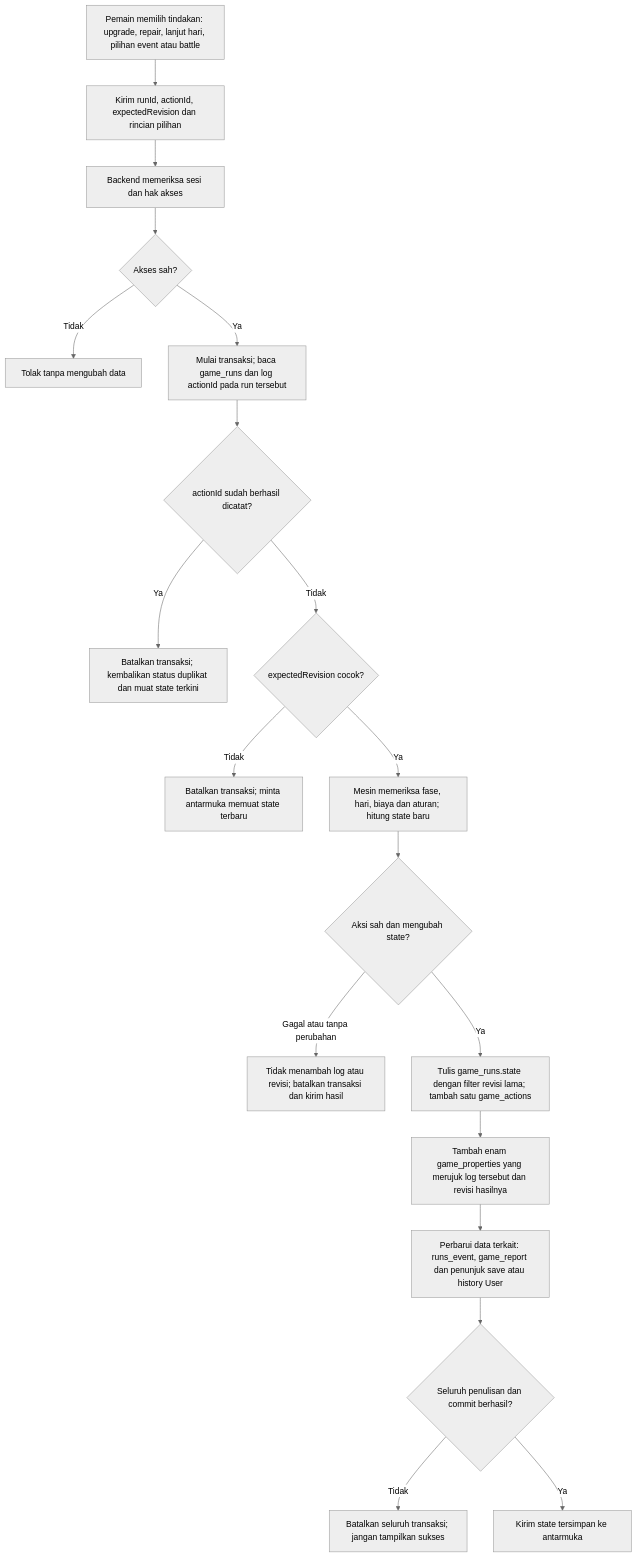
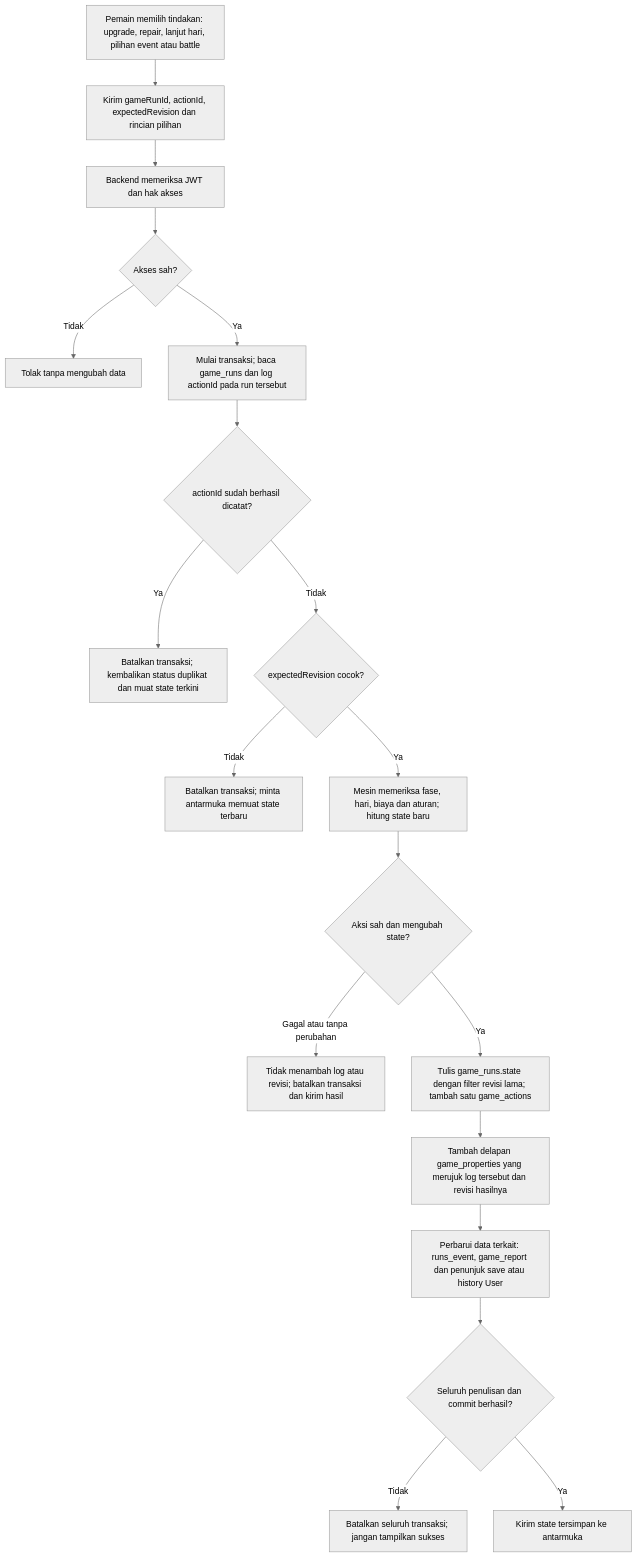
Before and after one commit to Three-Musketeers-Hacktiv/Final-Project: the second of 6 diagrams in docs/database/FLOW_DATABASE.md, drawn with Mermaid (neutral theme). The commit also changed other lines of this file and 7 other files, not shown here.

First line of the commit message:
feat(docs): update database documentation and schema for Fantasy City Defense

````diff
--- a/docs/database/FLOW_DATABASE.md
+++ b/docs/database/FLOW_DATABASE.md
@@ -48,21 +48,21 @@
 ```mermaid
 flowchart TD
-    A[Pemain memilih tindakan: upgrade, repair, lanjut hari, pilihan event atau battle] --> B[Kirim runId, actionId, expectedRevision dan rincian pilihan]
-    B --> C[Backend memeriksa sesi dan hak akses]
+    A[Pemain memilih tindakan: upgrade, repair, lanjut hari, pilihan event atau battle] --> B[Kirim gameRunId, actionId, expectedRevision dan rincian pilihan]
+    B --> C[Backend memeriksa JWT dan hak akses]
     C --> D{Akses sah?}
     D -->|Tidak| E[Tolak tanpa mengubah data]
     D -->|Ya| F[Mulai transaksi; baca game_runs dan log actionId pada run tersebut]
     F --> G{actionId sudah berhasil dicatat?}
     G -->|Ya| H[Batalkan transaksi; kembalikan status duplikat dan muat state terkini]
     G -->|Tidak| I{expectedRevision cocok?}
     I -->|Tidak| J[Batalkan transaksi; minta antarmuka memuat state terbaru]
     I -->|Ya| K[Mesin memeriksa fase, hari, biaya dan aturan; hitung state baru]
     K --> L{Aksi sah dan mengubah state?}
     L -->|Gagal atau tanpa perubahan| M[Tidak menambah log atau revisi; batalkan transaksi dan kirim hasil]
     L -->|Ya| N[Tulis game_runs.state dengan filter revisi lama; tambah satu game_actions]
-    N --> O[Tambah enam game_properties yang merujuk log tersebut dan revisi hasilnya]
+    N --> O[Tambah delapan game_properties yang merujuk log tersebut dan revisi hasilnya]
     O --> P[Perbarui data terkait: runs_event, game_report dan penunjuk save atau history User]
     P --> Q{Seluruh penulisan dan commit berhasil?}
     Q -->|Tidak| R[Batalkan seluruh transaksi; jangan tampilkan sukses]
     Q -->|Ya| S[Kirim state tersimpan ke antarmuka]
 ```
````
